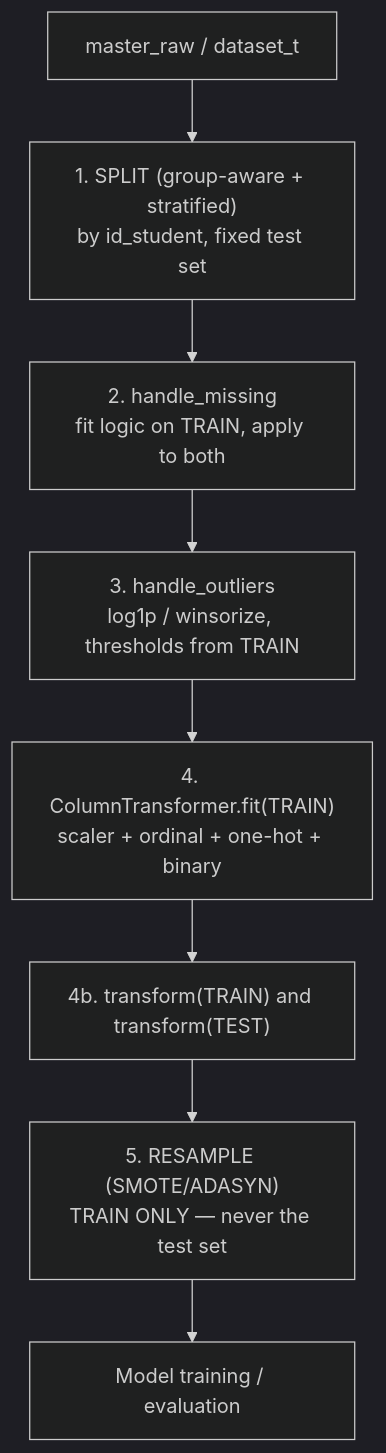
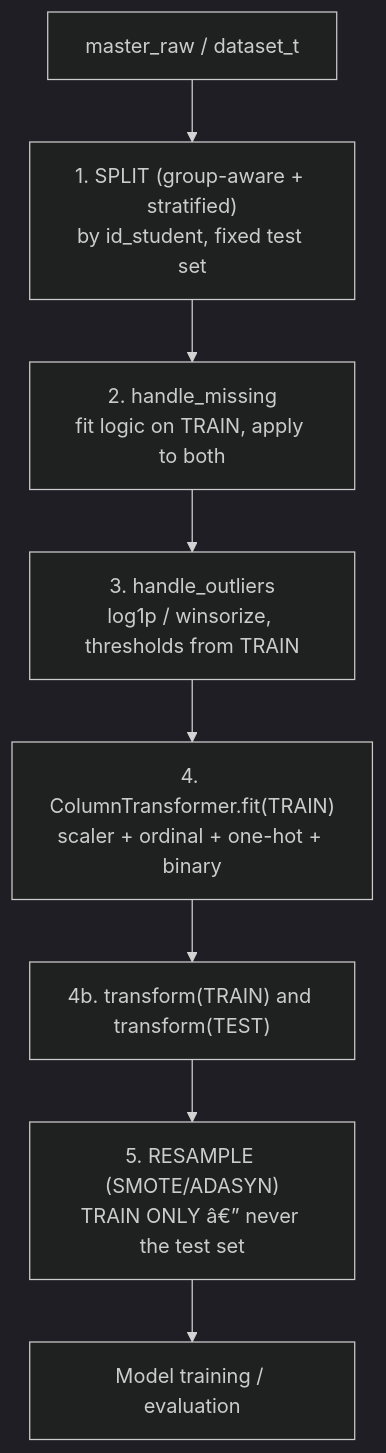
The diagram in docs/04_transformation/Preprocessing_Sequence_EN.md (sonbui060804/EduGuard-AI-Early-Warning-System), drawn with Mermaid (dark theme) before and after one commit. The commit also changed other lines of this file and 31 other files, not shown here.

````diff
--- a/docs/04_transformation/Preprocessing_Sequence_EN.md
+++ b/docs/04_transformation/Preprocessing_Sequence_EN.md
@@ -16,10 +16,10 @@
 ```mermaid
 flowchart TD
     A["master_raw / dataset_t"] --> B["1. SPLIT (group-aware + stratified)\nby id_student, fixed test set"]
     B --> C["2. handle_missing\nfit logic on TRAIN, apply to both"]
     C --> D["3. handle_outliers\nlog1p / winsorize, thresholds from TRAIN"]
     D --> E["4. ColumnTransformer.fit(TRAIN)\nscaler + ordinal + one-hot + binary"]
     E --> F["4b. transform(TRAIN) and transform(TEST)"]
-    F --> G["5. RESAMPLE (SMOTE/ADASYN)\nTRAIN ONLY — never the test set"]
+    F --> G["5. RESAMPLE (SMOTE/ADASYN)\nTRAIN ONLY â€” never the test set"]
     G --> H["Model training / evaluation"]
 ```
````
